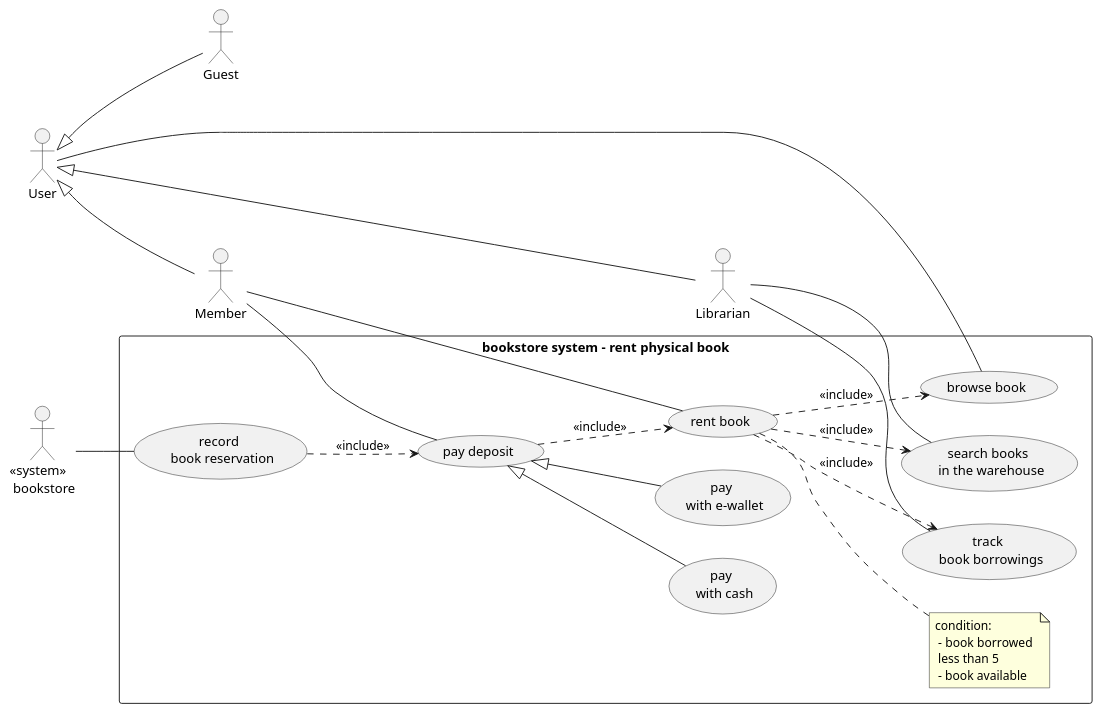
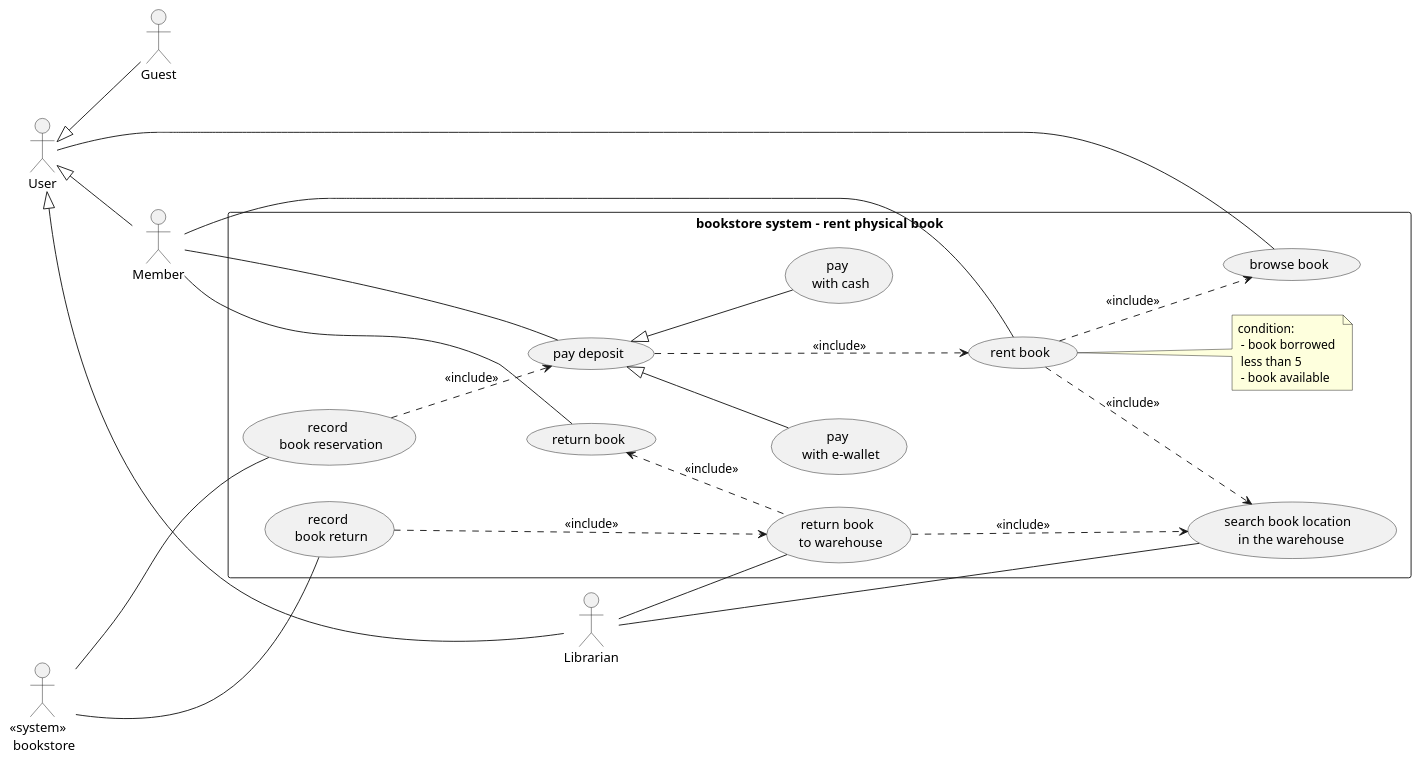
The diagram in software_architecture/02_lucy_book_store/03_use_case.puml (ericdaniel6166/share), drawn with PlantUML before and after one commit.

```diff
--- a/software_architecture/02_lucy_book_store/03_use_case.puml
+++ b/software_architecture/02_lucy_book_store/03_use_case.puml
@@ -1,47 +1,52 @@
 @startuml
 
 left to right direction
 
 Guest as guest
 Member as member
 Librarian as librarian
 User as user
 "<<system>> \n bookstore" as store
 
 rectangle "bookstore system - rent physical book" {
     usecase "rent book" as rent_book
+    usecase "return book" as return_book
+    usecase "return book \n to warehouse" as return_book_warehouse
     usecase "browse book" as browse_book
-    usecase "track \n book borrowings" as track_book_borrow
-    usecase "search books \n in the warehouse" as search_book
+    usecase "search book location \n in the warehouse" as search_book
     usecase "pay deposit" as pay
     usecase "pay \n with cash" as pay_cash
     usecase "pay \n with e-wallet" as pay_e_wallet
     usecase "record \n book reservation" as record_book_reservation
+    usecase "record \n book return" as record_book_return
     note right of rent_book: condition: \n - book borrowed \n less than 5 \n - book available
 
 
 }
 user<|--guest
 user<|--member
 user<|--librarian
 
 user -- browse_book
 
 member -- rent_book
 rent_book ..> browse_book : <<include>>
 
-librarian -- search_book
-librarian -- track_book_borrow
+librarian -l- search_book
 rent_book ..> search_book : <<include>>
-rent_book ..> track_book_borrow : <<include>>
 
-member -- pay
-pay ..> rent_book : <<include>>
+member --- pay
+pay ...> rent_book : <<include>>
 pay<|--pay_cash
 pay<|--pay_e_wallet
 
 store -- record_book_reservation
 record_book_reservation ..> pay : <<include>>
-
+member -- return_book
+librarian -- return_book_warehouse
+return_book_warehouse .u.> return_book : <<include>>
+return_book_warehouse ...> search_book : <<include>>
+store --- record_book_return
+record_book_return ...> return_book_warehouse : <<include>>
 
 @enduml
```
